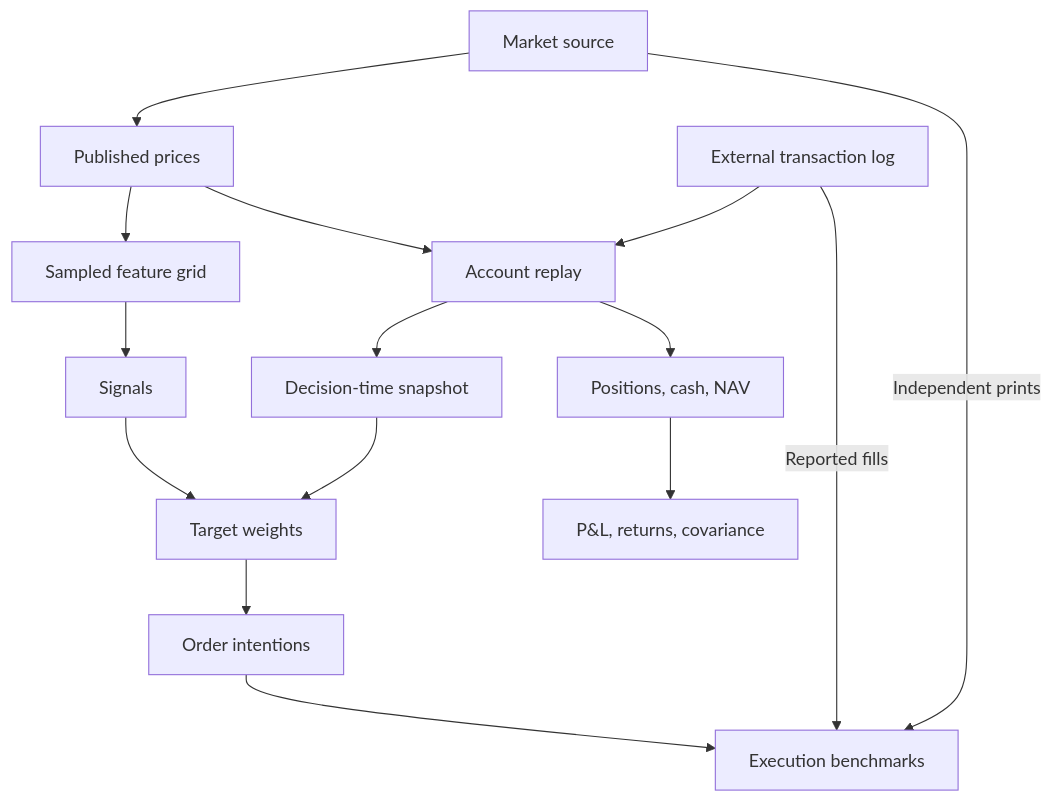
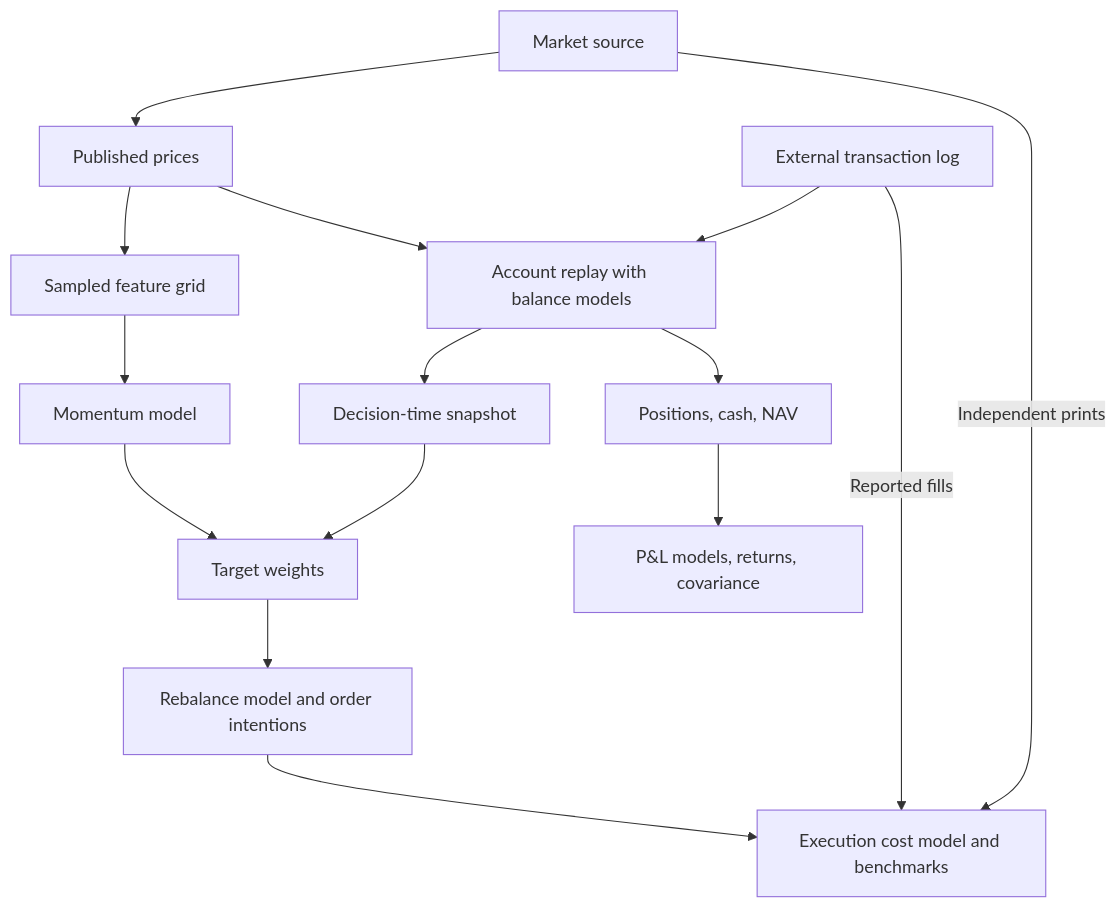
One commit to Code0x58/modello changed the diagram in docs/examples/portfolio/accounts.rst. Above: the diagram before and after it, drawn with Mermaid. The commit also changed other lines of this file and 39 other files, not shown here.

```diff
--- a/docs/examples/portfolio/accounts.rst
+++ b/docs/examples/portfolio/accounts.rst
@@ -32,19 +35,19 @@
 .. mermaid::
    :caption: Sources, decisions, accounting, and execution analysis
    :alt: Published market observations feed signals and account valuation. The external ledger feeds account replay and execution analysis; intended orders do not create fills.
 
    flowchart TD
        market[Market source] --> prices[Published prices]
        prices --> grid[Sampled feature grid]
-       grid --> signals[Signals]
-       ledger[External transaction log] --> replay[Account replay]
+       grid --> signals[Momentum model]
+       ledger[External transaction log] --> replay[Account replay with balance models]
        prices --> replay
        replay --> snapshot[Decision-time snapshot]
        signals --> targets[Target weights]
        snapshot --> targets
-       targets --> orders[Order intentions]
+       targets --> orders[Rebalance model and order intentions]
        replay --> positions[Positions, cash, NAV]
-       positions --> analytics[P&L, returns, covariance]
-       orders --> execution[Execution benchmarks]
+       positions --> analytics[P&L models, returns, covariance]
+       orders --> execution[Execution cost model and benchmarks]
        ledger -->|Reported fills| execution
        market -->|Independent prints| execution
```
